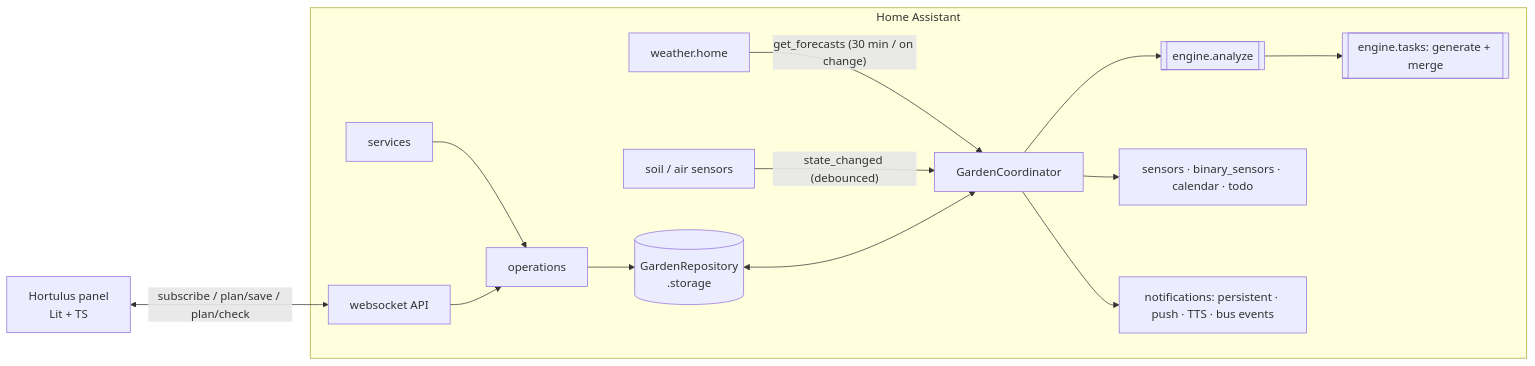
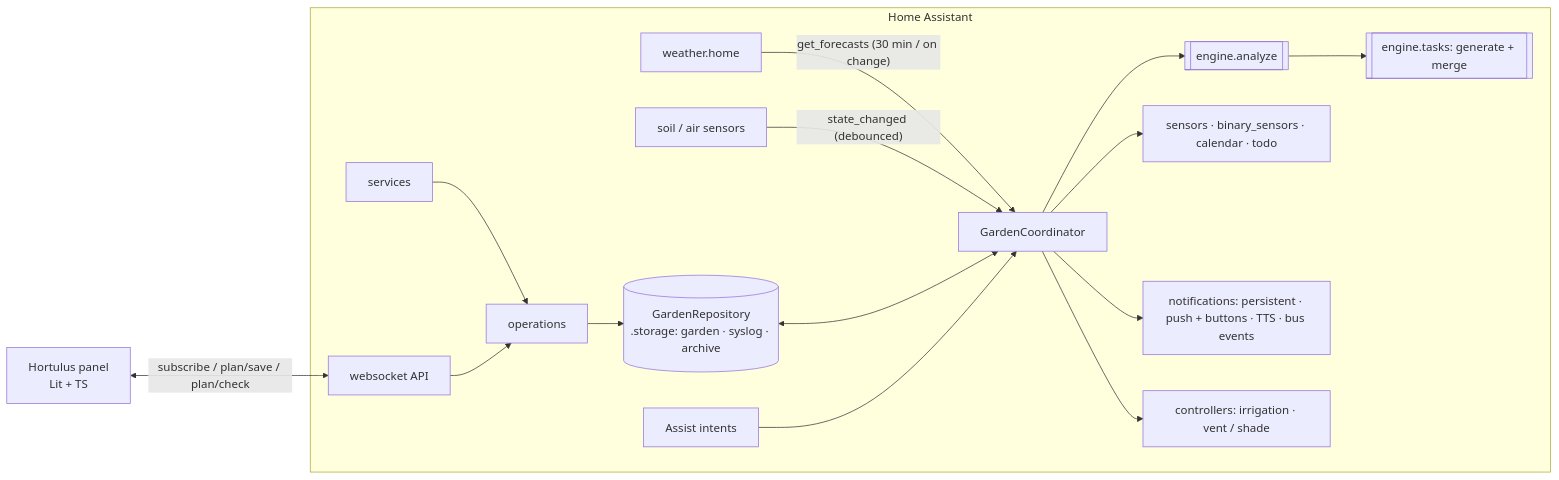
One commit to emeryf81/greenhouse changed the diagram in docs/BLUEPRINT.md. Above: the diagram before and after it, drawn with Mermaid. The commit also changed other lines of this file and 151 other files, not shown here.

````diff
--- a/docs/BLUEPRINT.md
+++ b/docs/BLUEPRINT.md
@@ -133,15 +152,17 @@
 ```mermaid
 flowchart LR
   subgraph HA[Home Assistant]
     W[weather.home] -- get_forecasts (30 min / on change) --> C
     S[soil / air sensors] -- state_changed (debounced) --> C
     C[GardenCoordinator] --> A[[engine.analyze]]
     A --> T[[engine.tasks: generate + merge]]
-    R[(GardenRepository<br/>.storage)] <--> C
+    R[(GardenRepository<br/>.storage: garden · syslog · archive)] <--> C
     C --> E[sensors · binary_sensors · calendar · todo]
-    C --> N[notifications: persistent · push · TTS · bus events]
+    C --> N[notifications: persistent · push + buttons · TTS · bus events]
+    C --> H[controllers: irrigation · vent / shade]
     SV[services] --> O[operations] --> R
     WS[websocket API] --> O
+    VO[Assist intents] --> C
   end
   P[Hortulus panel<br/>Lit + TS] <-- subscribe / plan/save / plan/check --> WS
 ```
````
